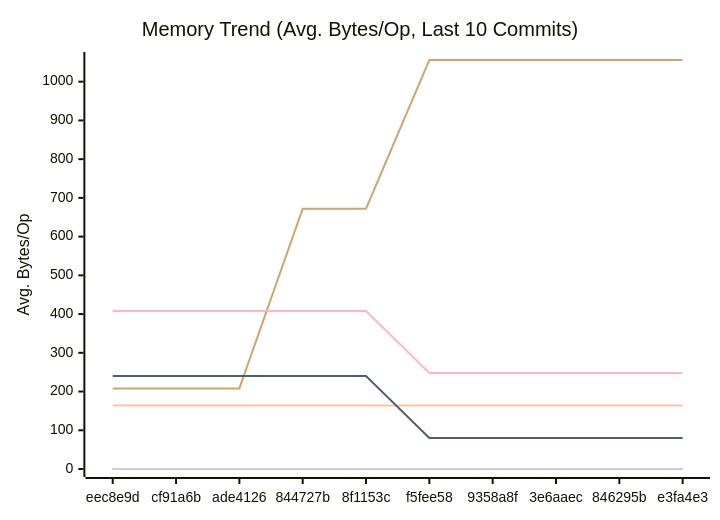
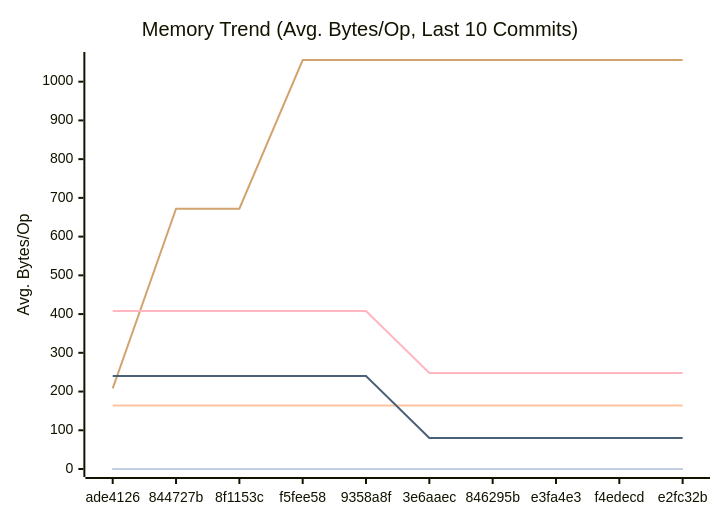
One commit to alsotoes/momo changed the second of 3 diagrams in docs/PERFORMANCE.md. Above: the diagram before and after it, drawn with Mermaid. The commit also changed other lines of this file and 12 other files, not shown here.

````diff
--- a/docs/PERFORMANCE.md
+++ b/docs/PERFORMANCE.md
@@ -97,16 +97,16 @@
 ```mermaid
 xychart-beta
     title "Memory Trend (Avg. Bytes/Op, Last 10 Commits)"
     x-axis "Commit"
     y-axis "Avg. Bytes/Op"
-    x-axis [eec8e9d,cf91a6b,ade4126,844727b,8f1153c,f5fee58,9358a8f,3e6aaec,846295b,e3fa4e3]
+    x-axis [ade4126,844727b,8f1153c,f5fee58,9358a8f,3e6aaec,846295b,e3fa4e3,f4edecd,e2fc32b]
     line "CheckMetricsAndSwap" [0,0,0,0,0,0,0,0,0,0]
     line "CrushOptimized" [0,0,0,0,0,0,0,0,0,0]
     line "CrushOriginal" [164,164,164,164,164,164,164,164,164,164]
     line "IndexDirectTracking" [0,0,0,0,0,0,0,0,0,0]
     line "IndexSearch" [0,0,0,0,0,0,0,0,0,0]
-    line "LoadGlobalConfig" [208,208,208,672,672,1056,1056,1056,1056,1056]
+    line "LoadGlobalConfig" [208,672,672,1056,1056,1056,1056,1056,1056,1056]
     line "PadString" [0,0,0,0,0,0,0,0,0,0]
     line "ParseReplicationOrder_NoPrealloc" [408,408,408,408,408,248,248,248,248,248]
     line "ParseReplicationOrder_Prealloc" [240,240,240,240,240,80,80,80,80,80]
 ```
````
